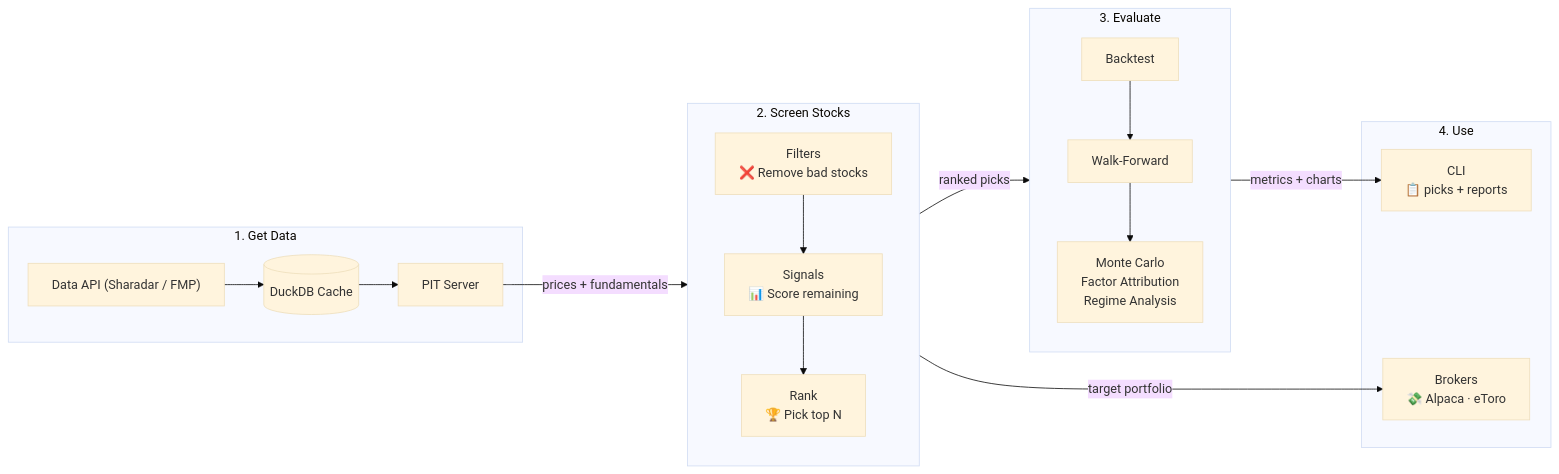
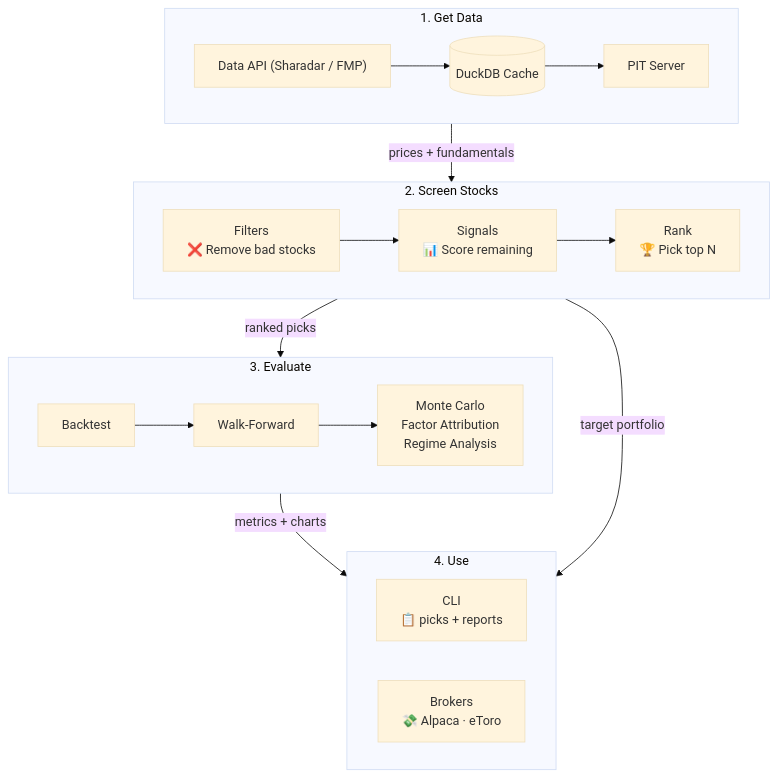
Before and after one commit to jamesjxliao/yass: the diagram in README.md, drawn with Mermaid (base theme).

Commit message:
README diagram: top-to-bottom flow so GitHub's mermaid controls don't cover the last node

````diff
--- a/README.md
+++ b/README.md
@@ -15,29 +15,28 @@
 ```mermaid
-flowchart LR
+flowchart TB
     subgraph DATA["1. Get Data"]
-        API["Data API (Sharadar / FMP)"] --> CACHE[(DuckDB Cache)]
-        CACHE --> PIT[PIT Server]
+        direction LR
+        API["Data API (Sharadar / FMP)"] --> CACHE[(DuckDB Cache)] --> PIT[PIT Server]
     end
 
     subgraph SCREEN["2. Screen Stocks"]
-        direction TB
-        FILT["Filters\n❌ Remove bad stocks"] --> SIG["Signals\n📊 Score remaining"]
-        SIG --> RANK["Rank\n🏆 Pick top N"]
+        direction LR
+        FILT["Filters\n❌ Remove bad stocks"] --> SIG["Signals\n📊 Score remaining"] --> RANK["Rank\n🏆 Pick top N"]
     end
 
     subgraph TEST["3. Evaluate"]
-        direction TB
-        BT[Backtest] --> WF[Walk-Forward]
-        WF --> EVAL["Monte Carlo\nFactor Attribution\nRegime Analysis"]
+        direction LR
+        BT[Backtest] --> WF[Walk-Forward] --> EVAL["Monte Carlo\nFactor Attribution\nRegime Analysis"]
     end
 
     subgraph USE["4. Use"]
+        direction LR
         CLI["CLI\n📋 picks + reports"]
         TRADE["Brokers\n💸 Alpaca · eToro"]
     end
 
-    PIT -->|prices + fundamentals| SCREEN
+    DATA -->|prices + fundamentals| SCREEN
     SCREEN -->|ranked picks| TEST
     TEST -->|metrics + charts| CLI
     SCREEN -->|target portfolio| TRADE
 ```
````
